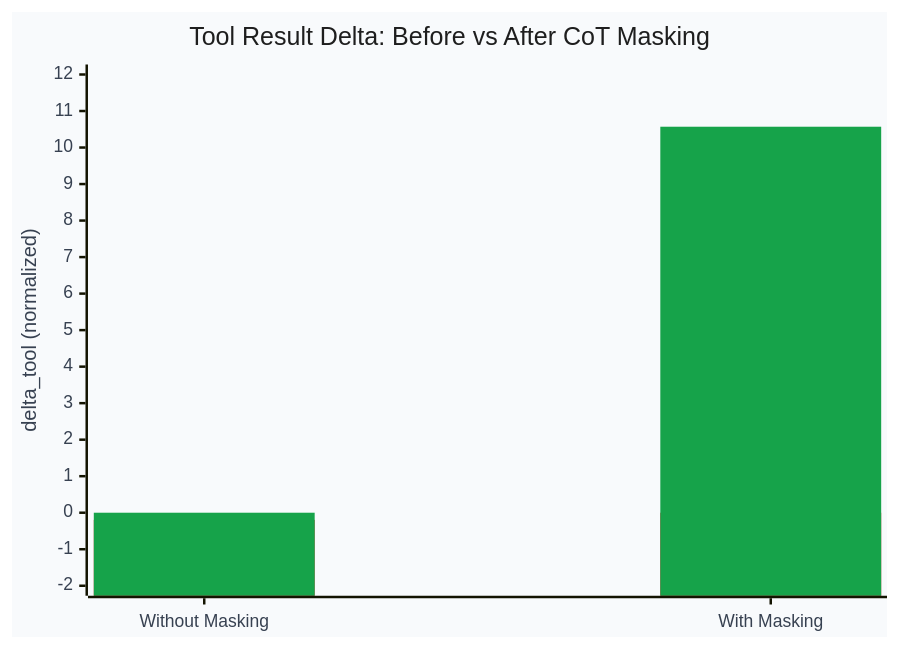
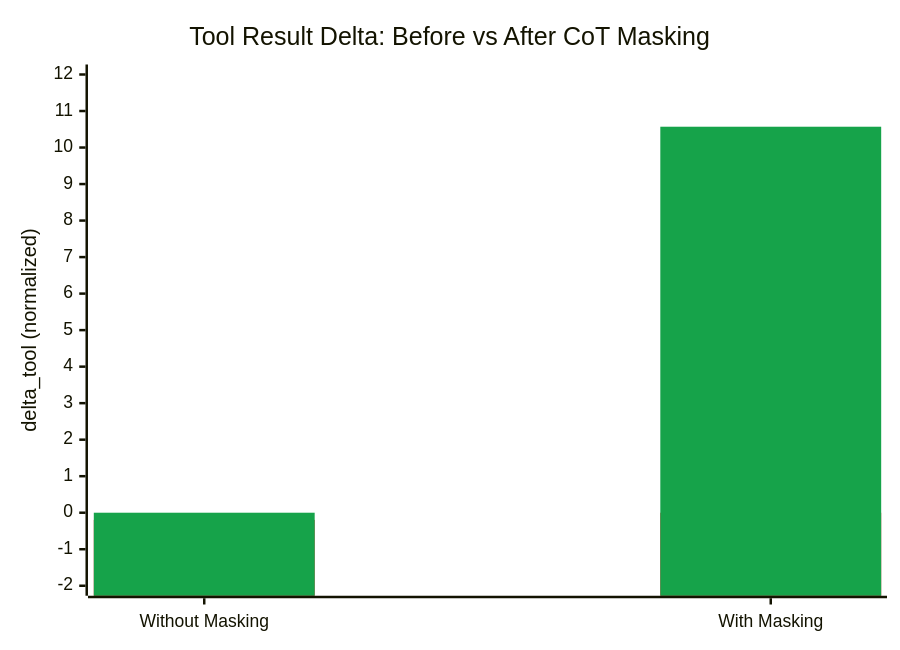
Before and after one commit to prashantkul/causal-armor: the third of 3 diagrams in docs/multi-turn-cot-masking.md, drawn with Mermaid. The commit also changed other lines of this file and 1 other file, not shown here.

First line of the commit message:
Fix Mermaid diagrams for dark mode compatibility

````diff
--- a/docs/multi-turn-cot-masking.md
+++ b/docs/multi-turn-cot-masking.md
@@ -135,19 +125,11 @@
 ```mermaid
-%%{init: {'theme': 'base', 'themeVariables': {
-    'xyChart': {
-        'plotColorPalette': '#dc2626, #16a34a',
-        'titleColor': '#1e1e1e',
-        'xAxisLabelColor': '#374151',
-        'xAxisTitleColor': '#374151',
-        'yAxisLabelColor': '#374151',
-        'yAxisTitleColor': '#374151',
-        'backgroundColor': '#f8fafc'
-    }
+%%{init: {'theme': 'neutral', 'themeVariables': {
+    'xyChart': {'plotColorPalette': '#dc2626, #16a34a'}
 }}}%%
 xychart-beta
     title "Tool Result Delta: Before vs After CoT Masking"
     x-axis ["Without Masking", "With Masking"]
     y-axis "delta_tool (normalized)" -2 --> 12
     bar [-0.1963, 0]
     bar [0, 10.5699]
 ```
````
